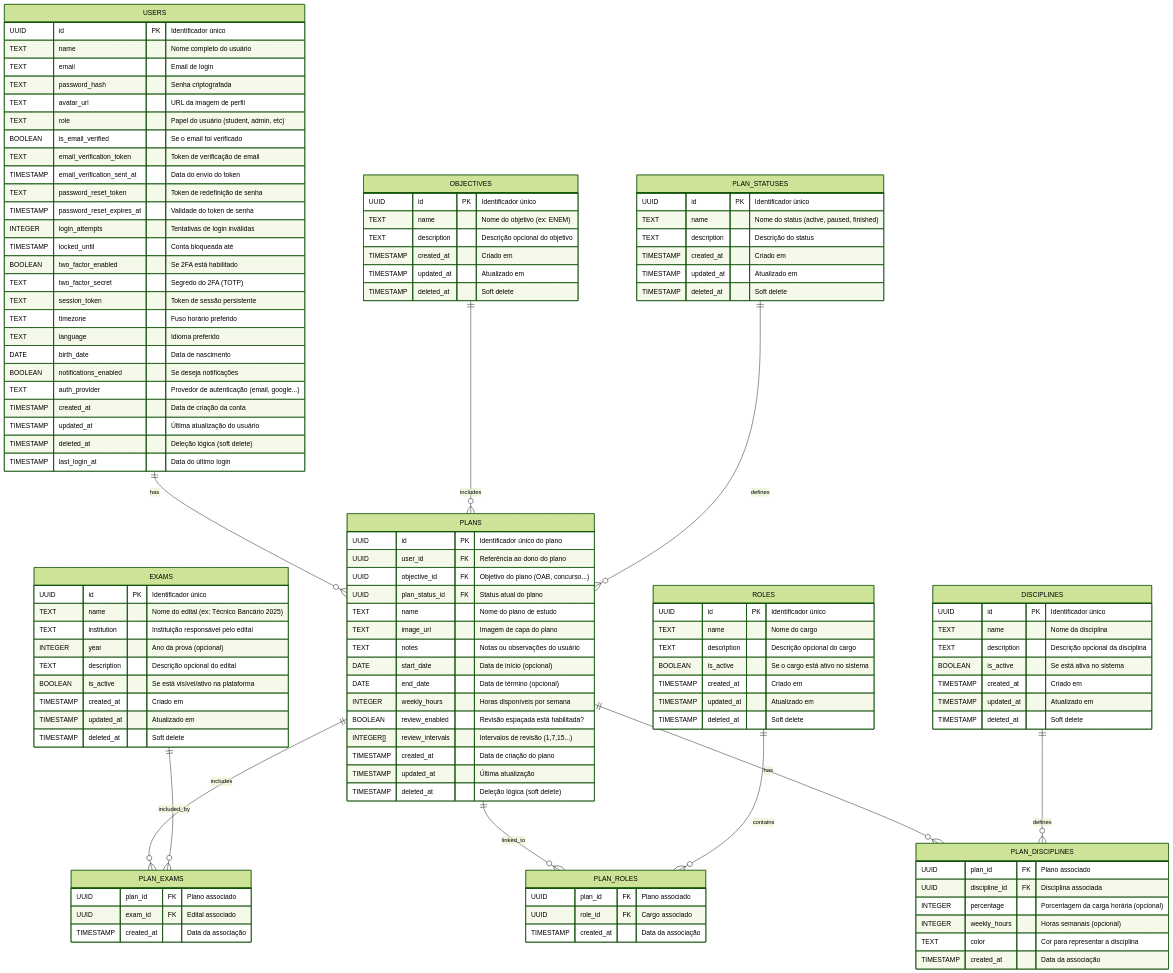
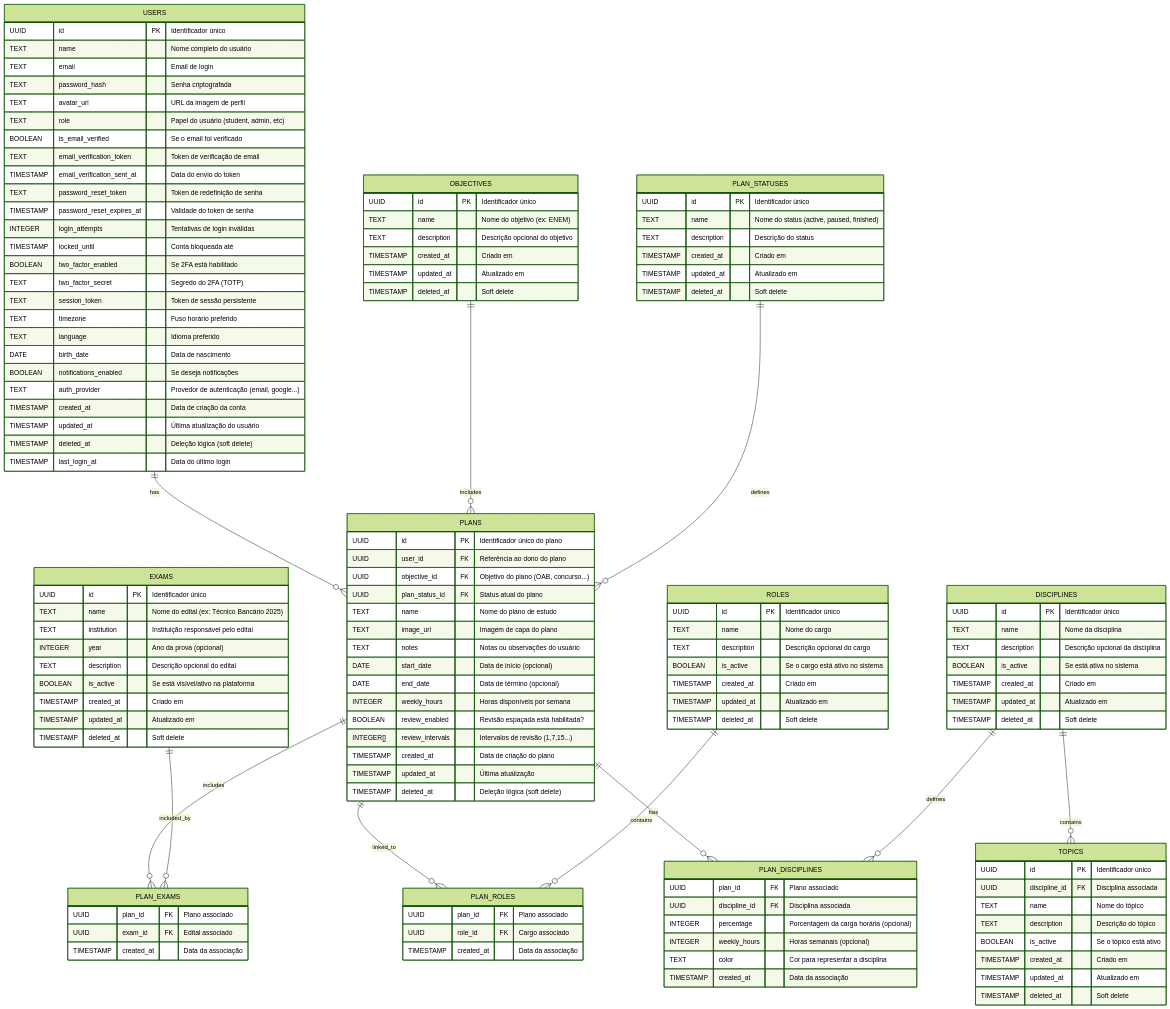
One commit to felipesantoos/oestudador changed the diagram in README.md. Above: the diagram before and after it, drawn with Mermaid (forest theme).

Commit message:
Add TOPICS

````diff
--- a/README.md
+++ b/README.md
@@ -9,6 +9,7 @@
     ROLES ||--o{ PLAN_ROLES : contains
     PLANS ||--o{ PLAN_DISCIPLINES : has
     DISCIPLINES ||--o{ PLAN_DISCIPLINES : defines
+    DISCIPLINES ||--o{ TOPICS : contains
 
     USERS {
         UUID id PK "Identificador único"
@@ -126,4 +127,15 @@
         TEXT color "Cor para representar a disciplina"
         TIMESTAMP created_at "Data da associação"
     }
+
+    TOPICS {
+        UUID id PK "Identificador único"
+        UUID discipline_id FK "Disciplina associada"
+        TEXT name "Nome do tópico"
+        TEXT description "Descrição do tópico"
+        BOOLEAN is_active "Se o tópico está ativo"
+        TIMESTAMP created_at "Criado em"
+        TIMESTAMP updated_at "Atualizado em"
+        TIMESTAMP deleted_at "Soft delete"
+    }
 ```
````
